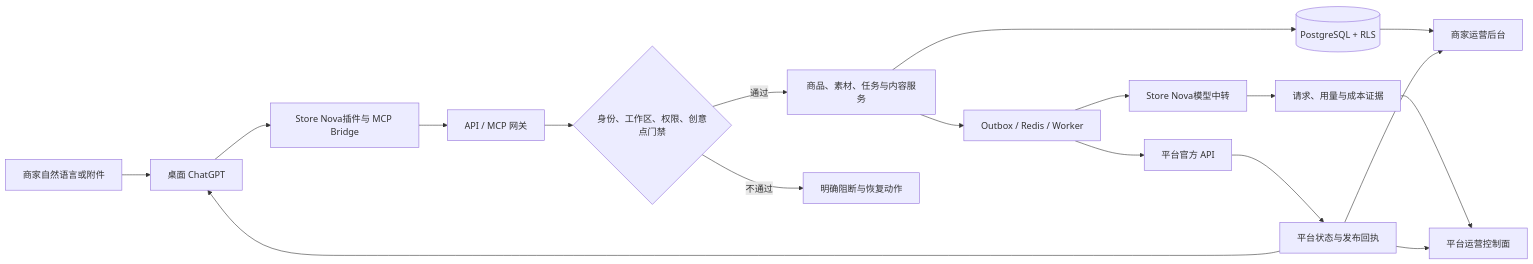
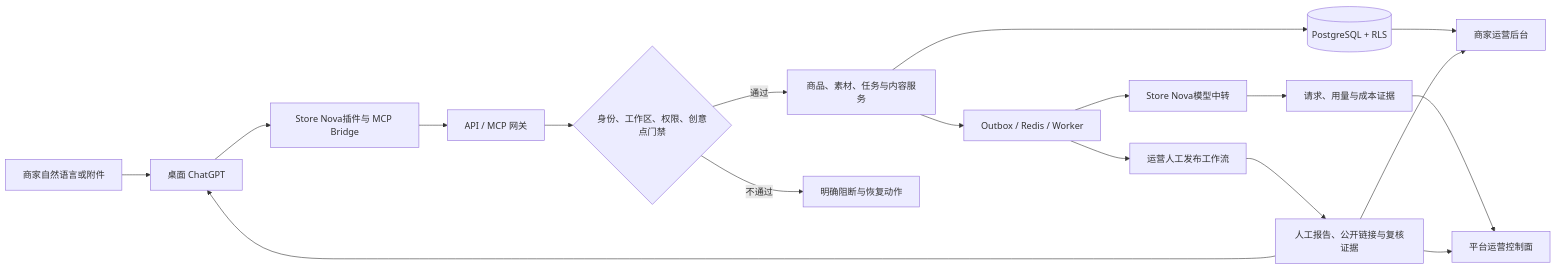
One commit to Nova-raiding/nova changed the diagram in docs/product-usage-guide.md. Above: the diagram before and after it, drawn with Mermaid. The commit also changed other lines of this file and 161 other files, not shown here.

````diff
--- a/docs/product-usage-guide.md
+++ b/docs/product-usage-guide.md
@@ -21,20 +21,20 @@
 ```mermaid
 flowchart LR
     A[商家自然语言或附件] --> B[桌面 ChatGPT]
     B --> C[Store Nova插件与 MCP Bridge]
     C --> D[API / MCP 网关]
     D --> E{身份、工作区、权限、创意点门禁}
     E -->|通过| F[商品、素材、任务与内容服务]
     E -->|不通过| G[明确阻断与恢复动作]
     F --> H[(PostgreSQL + RLS)]
     F --> I[Outbox / Redis / Worker]
     I --> J[Store Nova模型中转]
-    I --> K[平台官方 API]
+    I --> K[运营人工发布工作流]
     J --> L[请求、用量与成本证据]
-    K --> M[平台状态与发布回执]
+    K --> M[人工报告、公开链接与复核证据]
     H --> N[商家运营后台]
     L --> O[平台运营控制面]
     M --> B
     M --> N
     M --> O
 ```
````
